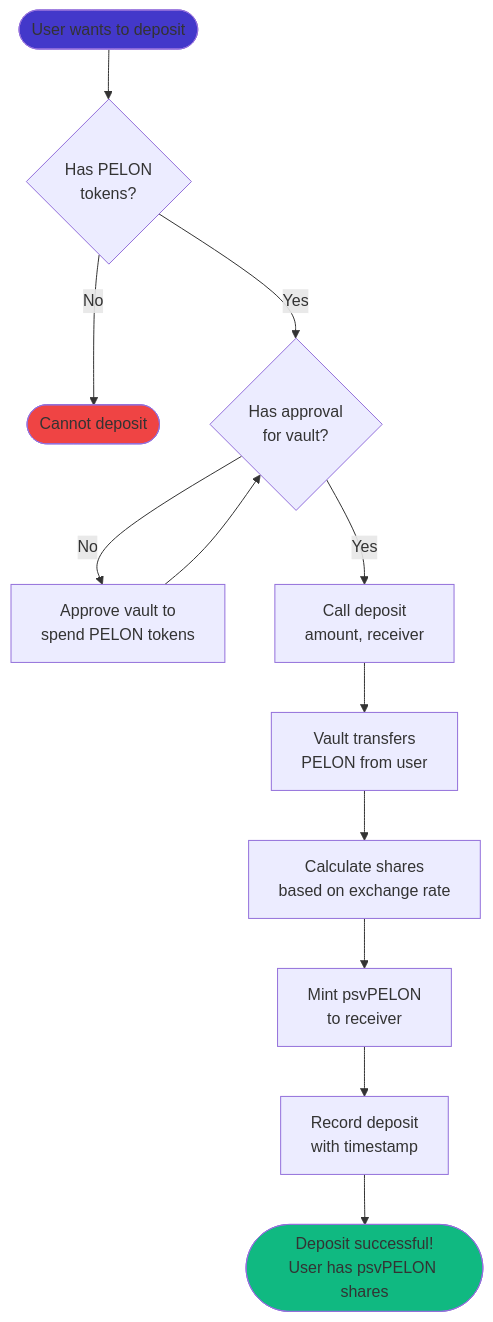
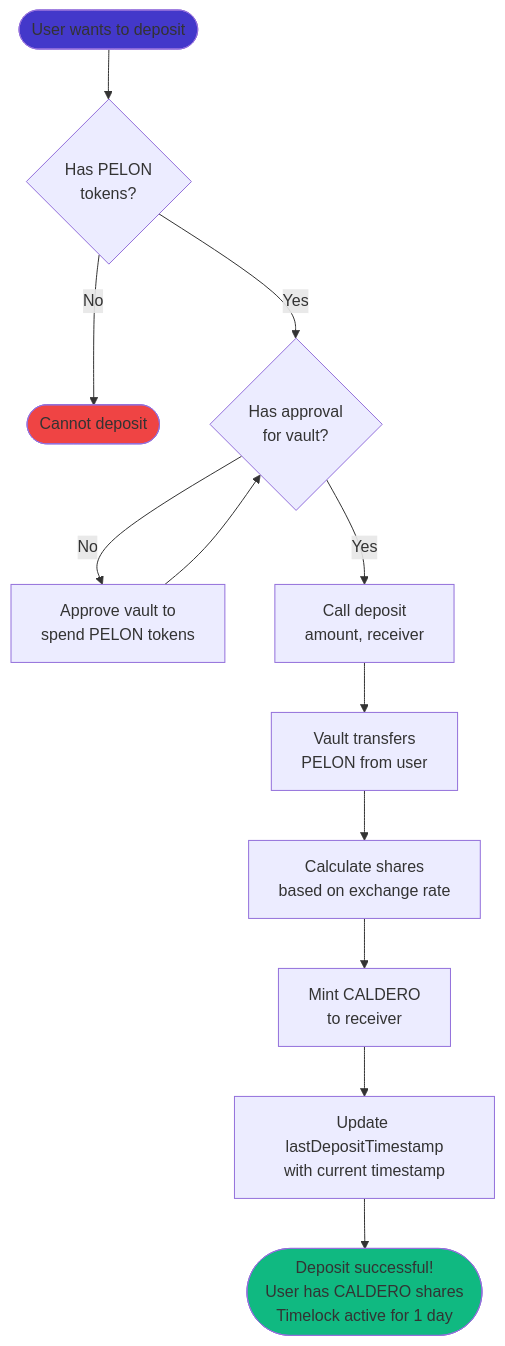
Before and after one commit to PelonClub/PelonClub-BaseNetwork-Monorepo: the fourth of 5 diagrams in docs/en/staking-vault-user-guide.md, drawn with Mermaid. The commit also changed other lines of this file and 9 other files, not shown here.

````diff
--- a/docs/en/staking-vault-user-guide.md
+++ b/docs/en/staking-vault-user-guide.md
@@ -318,18 +278,18 @@
 ```mermaid
 flowchart TD
     Start([User wants to deposit]) --> CheckBalance{Has PELON<br/>tokens?}
     CheckBalance -->|No| End1([Cannot deposit])
     CheckBalance -->|Yes| CheckApproval{Has approval<br/>for vault?}
     CheckApproval -->|No| Approve[Approve vault to<br/>spend PELON tokens]
     Approve --> CheckApproval
     CheckApproval -->|Yes| Deposit[Call deposit<br/>amount, receiver]
     Deposit --> Transfer[Vault transfers<br/>PELON from user]
     Transfer --> Calculate[Calculate shares<br/>based on exchange rate]
-    Calculate --> Mint[Mint psvPELON<br/>to receiver]
-    Mint --> Record[Record deposit<br/>with timestamp]
-    Record --> Success([Deposit successful!<br/>User has psvPELON shares])
+    Calculate --> Mint[Mint CALDERO<br/>to receiver]
+    Mint --> Update[Update lastDepositTimestamp<br/>with current timestamp]
+    Update --> Success([Deposit successful!<br/>User has CALDERO shares<br/>Timelock active for 1 day])
     
     style Start fill:#4338ca
     style Success fill:#10b981
     style End1 fill:#ef4444
 ```
````
